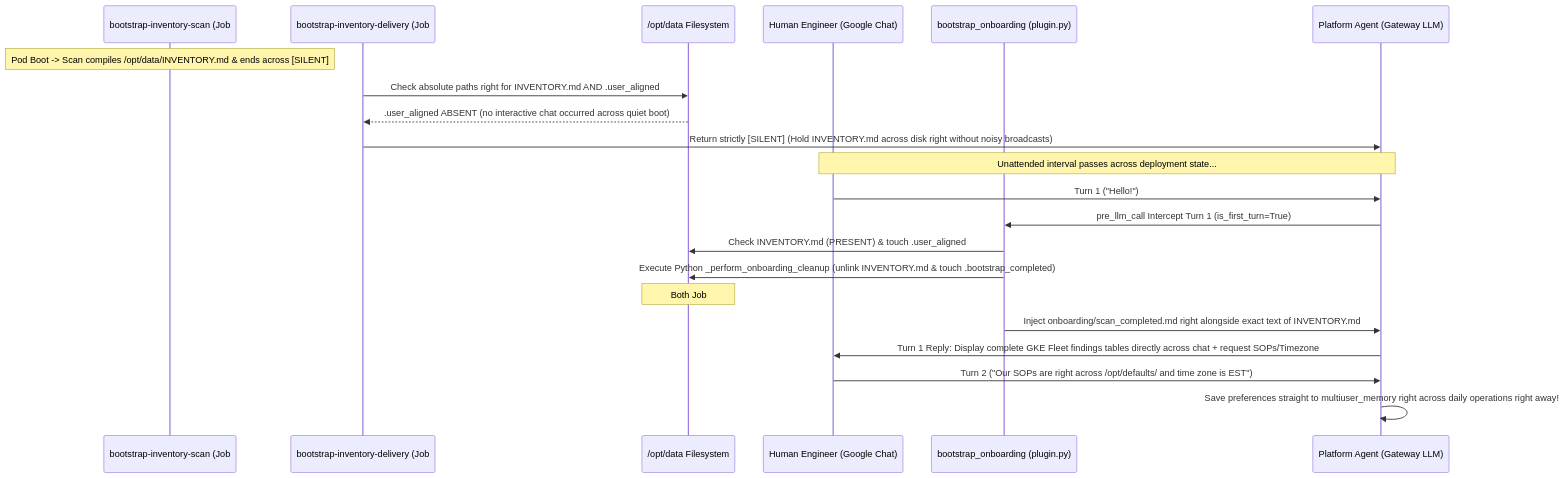
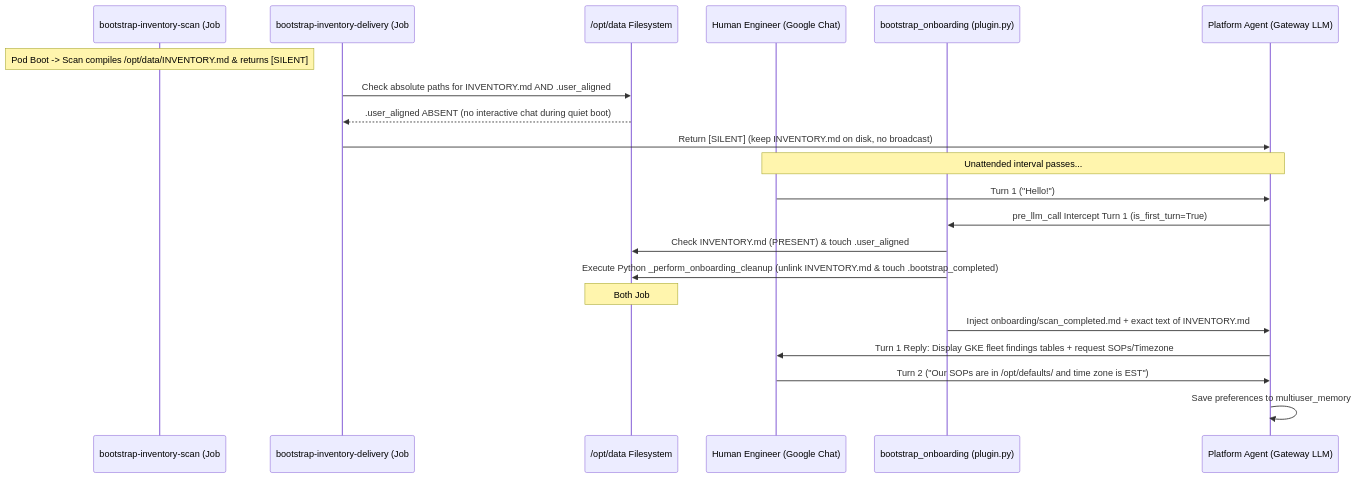
Before and after one commit to gke-labs/kube-agents: the third of 3 diagrams in agents/platform/plugins/bootstrap_onboarding/README.md, drawn with Mermaid. The commit also changed other lines of this file and 5 other files, not shown here.

````diff
--- a/agents/platform/plugins/bootstrap_onboarding/README.md
+++ b/agents/platform/plugins/bootstrap_onboarding/README.md
@@ -112,24 +112,24 @@
 ```mermaid
 sequenceDiagram
     participant Scan as bootstrap-inventory-scan (Job #1)
     participant Notify as bootstrap-inventory-delivery (Job #2)
     participant Disk as /opt/data Filesystem
     participant User as Human Engineer (Google Chat)
     participant Hook as bootstrap_onboarding (plugin.py)
     participant Agent as Platform Agent (Gateway LLM)
 
-    Note over Scan: Pod Boot -> Scan compiles /opt/data/INVENTORY.md & ends across [SILENT]
-    Notify->>Disk: Check absolute paths right for INVENTORY.md AND .user_aligned
-    Disk-->>Notify: .user_aligned ABSENT (no interactive chat occurred across quiet boot)
-    Notify->>Agent: Return strictly [SILENT] (Hold INVENTORY.md across disk right without noisy broadcasts)
-    Note over User,Agent: Unattended interval passes across deployment state...
+    Note over Scan: Pod Boot -> Scan compiles /opt/data/INVENTORY.md & returns [SILENT]
+    Notify->>Disk: Check absolute paths for INVENTORY.md AND .user_aligned
+    Disk-->>Notify: .user_aligned ABSENT (no interactive chat during quiet boot)
+    Notify->>Agent: Return [SILENT] (keep INVENTORY.md on disk, no broadcast)
+    Note over User,Agent: Unattended interval passes...
     User->>Agent: Turn 1 ("Hello!")
     Agent->>Hook: pre_llm_call Intercept Turn 1 (is_first_turn=True)
     Hook->>Disk: Check INVENTORY.md (PRESENT) & touch .user_aligned
     Hook->>Disk: Execute Python _perform_onboarding_cleanup (unlink INVENTORY.md & touch .bootstrap_completed)
-    Note over Disk: Both Job #1 and Job #2 cleanly removed from jobs.json before API call fires!
-    Hook->>Agent: Inject onboarding/scan_completed.md right alongside exact text of INVENTORY.md
-    Agent->>User: Turn 1 Reply: Display complete GKE Fleet findings tables directly across chat + request SOPs/Timezone
-    User->>Agent: Turn 2 ("Our SOPs are right across /opt/defaults/ and time zone is EST")
-    Agent->>Agent: Save preferences straight to multiuser_memory right across daily operations right away!
+    Note over Disk: Both Job #1 and Job #2 removed from jobs.json before the API call fires
+    Hook->>Agent: Inject onboarding/scan_completed.md + exact text of INVENTORY.md
+    Agent->>User: Turn 1 Reply: Display GKE fleet findings tables + request SOPs/Timezone
+    User->>Agent: Turn 2 ("Our SOPs are in /opt/defaults/ and time zone is EST")
+    Agent->>Agent: Save preferences to multiuser_memory
 ```
````
